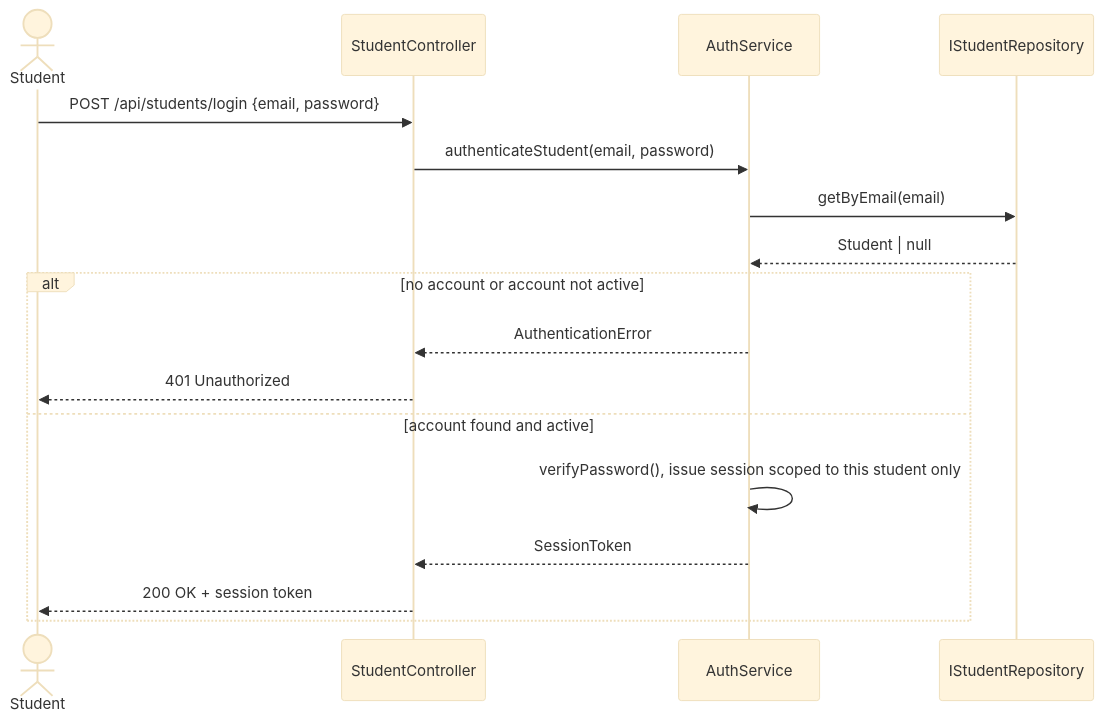
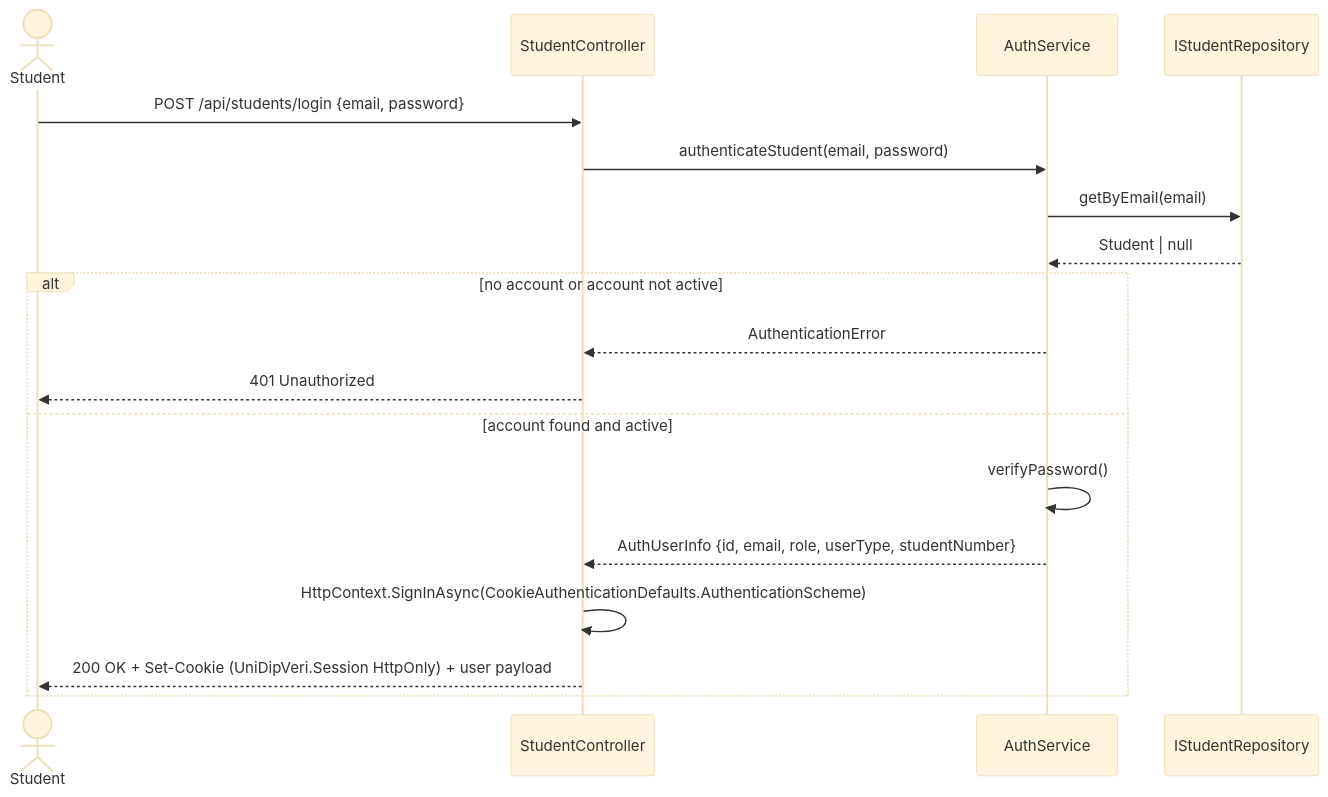
The second of 16 diagrams in docs/03-design/Sequence_Diagram.md (huypengin/UniDipVeri), drawn with Mermaid (base theme) before and after one commit. The commit also changed other lines of this file and 18 other files, not shown here.

First line of the commit message:
refactor(auth): switch session management from JWT bearer to HttpOnly cookie authentication

````diff
--- a/docs/03-design/Sequence_Diagram.md
+++ b/docs/03-design/Sequence_Diagram.md
@@ -58,21 +58,22 @@
 ```mermaid
 sequenceDiagram
     actor Student
     participant SC as StudentController
     participant Auth as AuthService
     participant Repo as IStudentRepository
 
     Student->>SC: POST /api/students/login {email, password}
     SC->>Auth: authenticateStudent(email, password)
     Auth->>Repo: getByEmail(email)
     Repo-->>Auth: Student | null
 
     alt no account or account not active
         Auth-->>SC: AuthenticationError
         SC-->>Student: 401 Unauthorized
     else account found and active
-        Auth->>Auth: verifyPassword(), issue session scoped to this student only
-        Auth-->>SC: SessionToken
-        SC-->>Student: 200 OK + session token
+        Auth->>Auth: verifyPassword()
+        Auth-->>SC: AuthUserInfo {id, email, role, userType, studentNumber}
+        SC->>SC: HttpContext.SignInAsync(CookieAuthenticationDefaults.AuthenticationScheme)
+        SC-->>Student: 200 OK + Set-Cookie (UniDipVeri.Session HttpOnly) + user payload
     end
 ```
````
